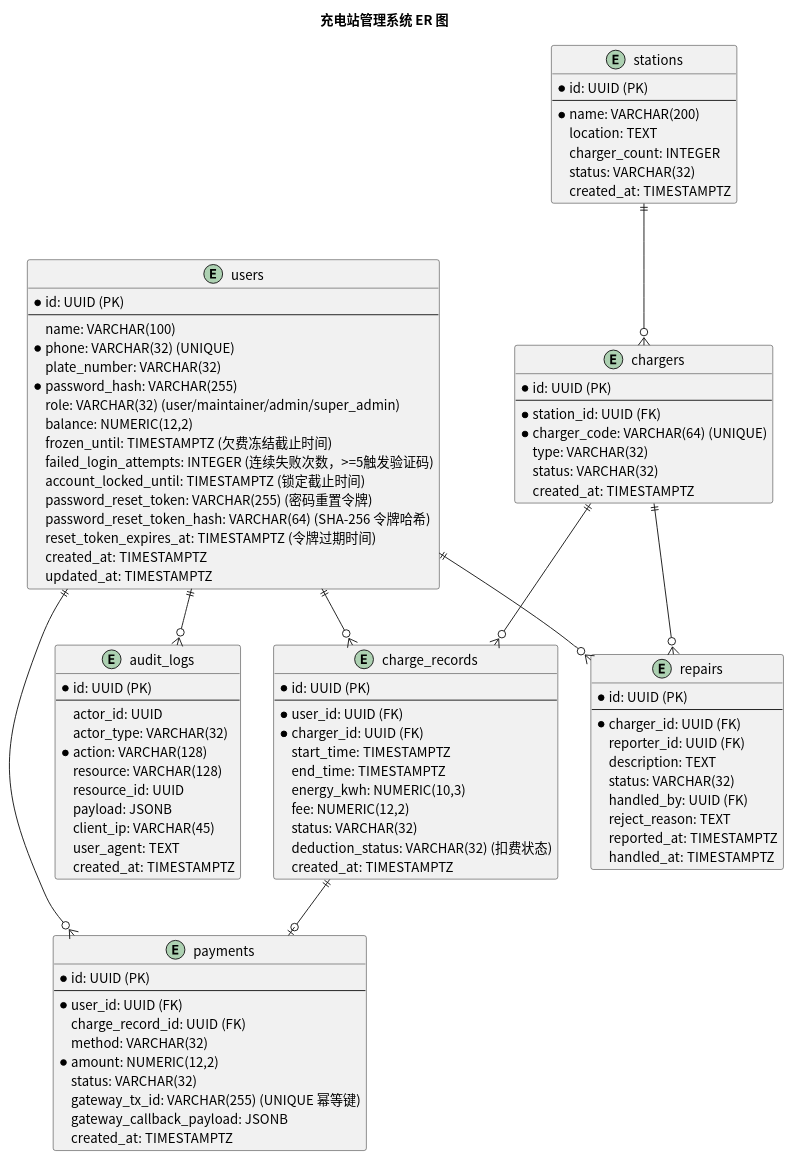
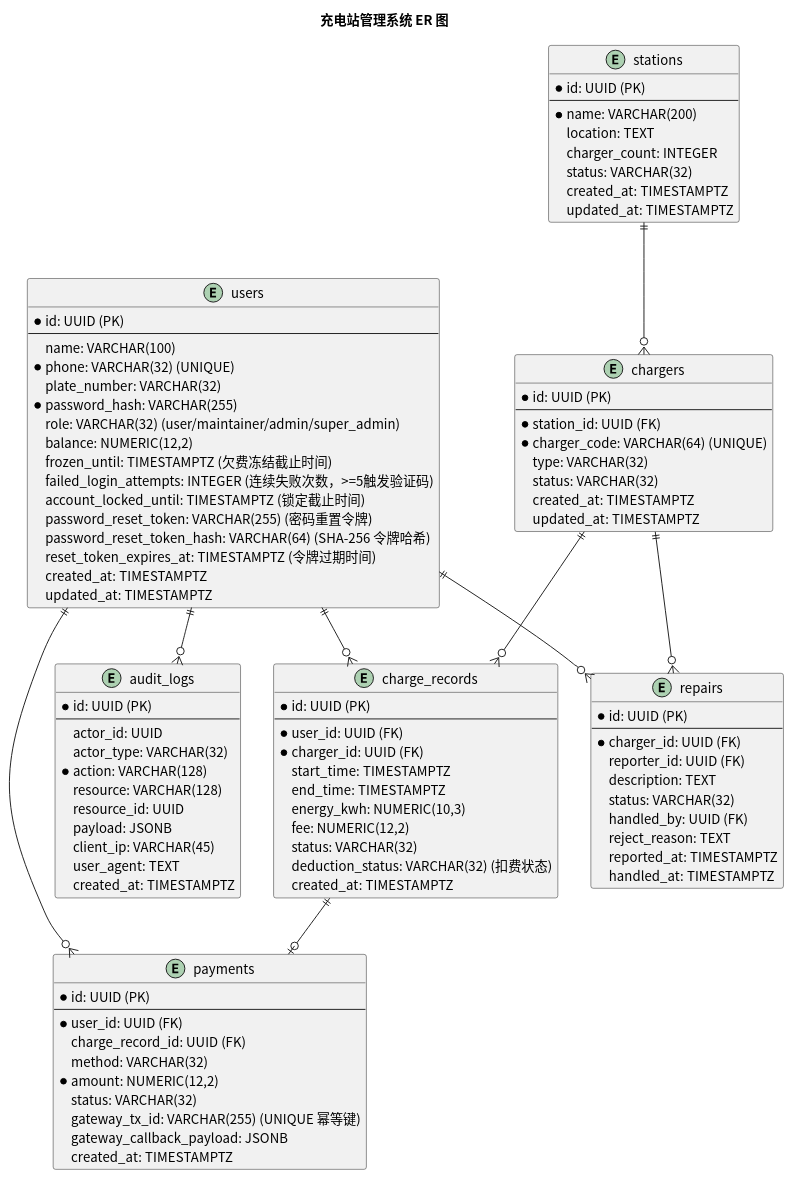
One commit to greenhandzdl/charging-station-doc changed the diagram in usecase/docs/database/src/er_diagram.puml. Above: the diagram before and after it, drawn with PlantUML. The commit also changed 18 other files, not shown here.

```diff
--- a/usecase/docs/database/src/er_diagram.puml
+++ b/usecase/docs/database/src/er_diagram.puml
@@ -1,107 +1,109 @@
 @startuml
 skinparam defaultFontName "Noto Sans CJK SC"
 skinparam defaultFontSize 14
 title 充电站管理系统 ER 图
 
 entity users {
   *id: UUID (PK)
   --
   name: VARCHAR(100)
   *phone: VARCHAR(32) (UNIQUE)
   plate_number: VARCHAR(32)
   *password_hash: VARCHAR(255)
   role: VARCHAR(32) (user/maintainer/admin/super_admin)
   balance: NUMERIC(12,2)
   frozen_until: TIMESTAMPTZ (欠费冻结截止时间)
   failed_login_attempts: INTEGER (连续失败次数，>=5触发验证码)
   account_locked_until: TIMESTAMPTZ (锁定截止时间)
   password_reset_token: VARCHAR(255) (密码重置令牌)
   password_reset_token_hash: VARCHAR(64) (SHA-256 令牌哈希)
   reset_token_expires_at: TIMESTAMPTZ (令牌过期时间)
   created_at: TIMESTAMPTZ
   updated_at: TIMESTAMPTZ
 }
 
 entity stations {
   *id: UUID (PK)
   --
   *name: VARCHAR(200)
   location: TEXT
   charger_count: INTEGER
   status: VARCHAR(32)
   created_at: TIMESTAMPTZ
+  updated_at: TIMESTAMPTZ
 }
 
 entity chargers {
   *id: UUID (PK)
   --
   *station_id: UUID (FK)
   *charger_code: VARCHAR(64) (UNIQUE)
   type: VARCHAR(32)
   status: VARCHAR(32)
   created_at: TIMESTAMPTZ
+  updated_at: TIMESTAMPTZ
 }
 
 entity charge_records {
   *id: UUID (PK)
   --
   *user_id: UUID (FK)
   *charger_id: UUID (FK)
   start_time: TIMESTAMPTZ
   end_time: TIMESTAMPTZ
   energy_kwh: NUMERIC(10,3)
   fee: NUMERIC(12,2)
   status: VARCHAR(32)
   deduction_status: VARCHAR(32) (扣费状态)
   created_at: TIMESTAMPTZ
 }
 
 entity payments {
   *id: UUID (PK)
   --
   *user_id: UUID (FK)
   charge_record_id: UUID (FK)
   method: VARCHAR(32)
   *amount: NUMERIC(12,2)
   status: VARCHAR(32)
   gateway_tx_id: VARCHAR(255) (UNIQUE 幂等键)
   gateway_callback_payload: JSONB
   created_at: TIMESTAMPTZ
 }
 
 entity repairs {
   *id: UUID (PK)
   --
   *charger_id: UUID (FK)
   reporter_id: UUID (FK)
   description: TEXT
   status: VARCHAR(32)
   handled_by: UUID (FK)
   reject_reason: TEXT
   reported_at: TIMESTAMPTZ
   handled_at: TIMESTAMPTZ
 }
 
 entity audit_logs {
   *id: UUID (PK)
   --
   actor_id: UUID
   actor_type: VARCHAR(32)
   *action: VARCHAR(128)
   resource: VARCHAR(128)
   resource_id: UUID
   payload: JSONB
   client_ip: VARCHAR(45)
   user_agent: TEXT
   created_at: TIMESTAMPTZ
 }
 
 stations ||--o{ chargers
 users ||--o{ charge_records
 chargers ||--o{ charge_records
 users ||--o{ payments
 charge_records ||--o| payments
 users ||--o{ repairs
 chargers ||--o{ repairs
 users ||--o{ audit_logs
 @enduml
```
